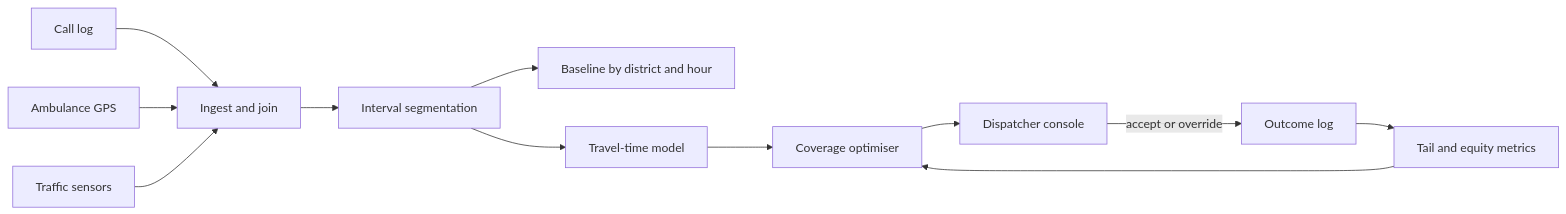
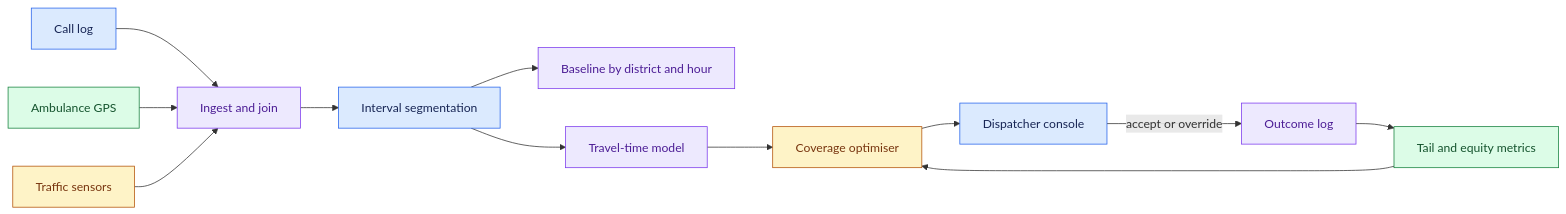
One commit to Sourav692/Forward-Deployed-Engineer-Interview-Prep changed the second of 2 diagrams in site/content/modules/15-fde-case-studies/judgement-and-decomposition/decomposition-classics-67-68-69/guide.md. Above: the diagram before and after it, drawn with Mermaid. The commit also changed other lines of this file and 1268 other files, not shown here.

First line of the commit message:
content: polish Casebook writing and Mermaid diagrams (#251)

````diff
--- a/site/content/modules/15-fde-case-studies/judgement-and-decomposition/decomposition-classics-67-68-69/guide.md
+++ b/site/content/modules/15-fde-case-studies/judgement-and-decomposition/decomposition-classics-67-68-69/guide.md
@@ -141,14 +161,24 @@
 ```mermaid
 flowchart LR
   C[Call log] --> J[Ingest and join]
   G[Ambulance GPS] --> J
   T[Traffic sensors] --> J
   J --> S[Interval segmentation]
   S --> D[Baseline by district and hour]
   S --> TT[Travel-time model]
   TT --> O[Coverage optimiser]
   O --> UI[Dispatcher console]
   UI -->|accept or override| L[Outcome log]
   L --> M[Tail and equity metrics]
   M --> O
+
+    %% Casebook colours: entry, reasoning, results, controls, and stopped paths.
+    classDef cbInput fill:#dbeafe,stroke:#2563eb,color:#172554
+    class C,S,UI cbInput
+    classDef cbReason fill:#ede9fe,stroke:#7c3aed,color:#4c1d95
+    class J,D,TT,L cbReason
+    classDef cbAction fill:#dcfce7,stroke:#15803d,color:#14532d
+    class G,M cbAction
+    classDef cbPolicy fill:#fef3c7,stroke:#b45309,color:#78350f
+    class T,O cbPolicy
 ```
````
